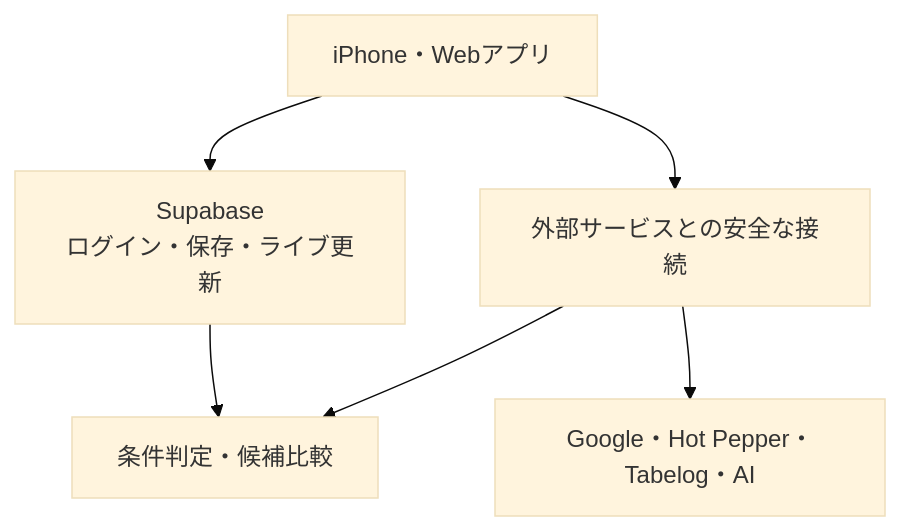
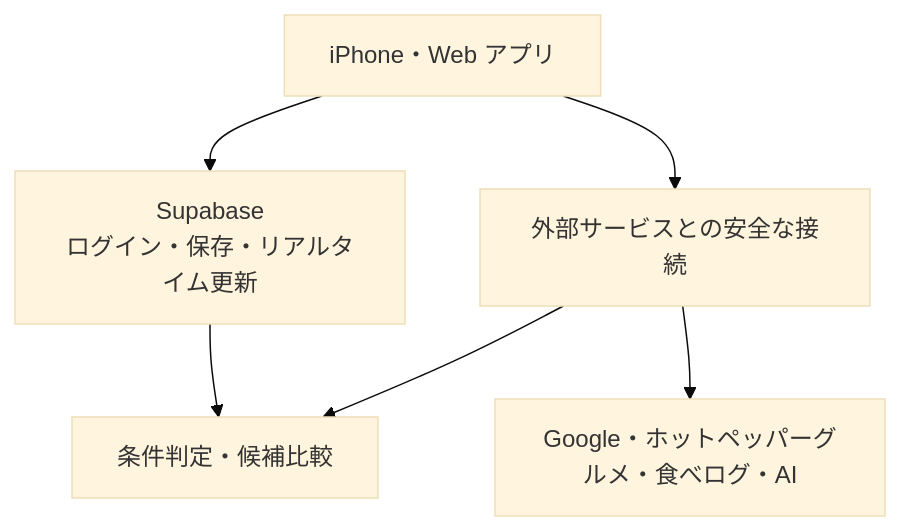
Before and after one commit to smartfoloo/testing: the diagram in README.md, drawn with Mermaid (base theme). The commit also changed other lines of this file, not shown here.

````diff
--- a/README.md
+++ b/README.md
@@ -135,14 +135,14 @@
 ```mermaid
 flowchart TD
-    C["iPhone・Webアプリ"]
-    S["Supabase<br/>ログイン・保存・ライブ更新"]
+    C["iPhone・Web アプリ"]
+    S["Supabase<br/>ログイン・保存・リアルタイム更新"]
     J["条件判定・候補比較"]
     E["外部サービスとの安全な接続"]
-    P["Google・Hot Pepper・Tabelog・AI"]
+    P["Google・ホットペッパーグルメ・食べログ・AI"]
 
     C --> S
     S --> J
     C --> E
     E --> J
     E --> P
 ```
````
